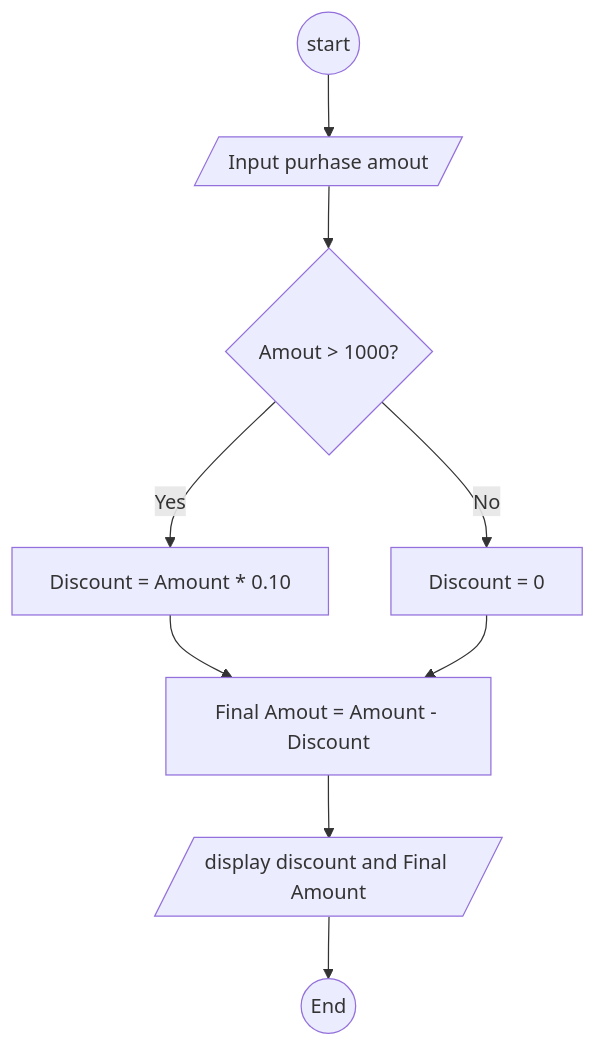
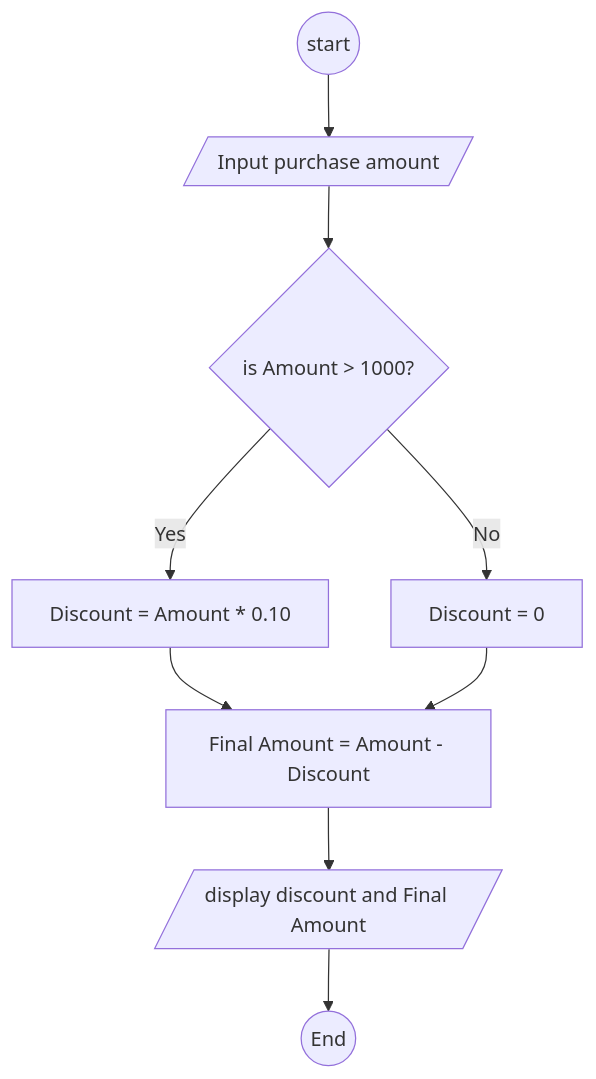
One commit to HermanKumo/Mermaid- changed the diagram in Mermaid visual Studio Code/Calculate Discount on Purchase.md. Above: the diagram before and after it, drawn with Mermaid. The commit also changed 6 other files, not shown here.

````diff
--- a/Mermaid visual Studio Code/Calculate Discount on Purchase.md
+++ b/Mermaid visual Studio Code/Calculate Discount on Purchase.md
@@ -1,14 +1,12 @@
 ``` Mermaid
 
 graph TD
-
-
-    A((start)) --> B[/Input purhase amout/]
-    B --> C{Amout > 1000?}
+    A((start)) --> B[/Input purchase amount/]
+    B --> C{is Amount > 1000?}
     C -- Yes --> D[Discount = Amount * 0.10]
-    D --> E[Final Amout = Amount - Discount]
+    D --> E[Final Amount = Amount - Discount]
     C -- No --> F[Discount = 0]
     F --> E
     E --> G[/display discount and Final Amount/]
     G --> H((End))
 ```
````
